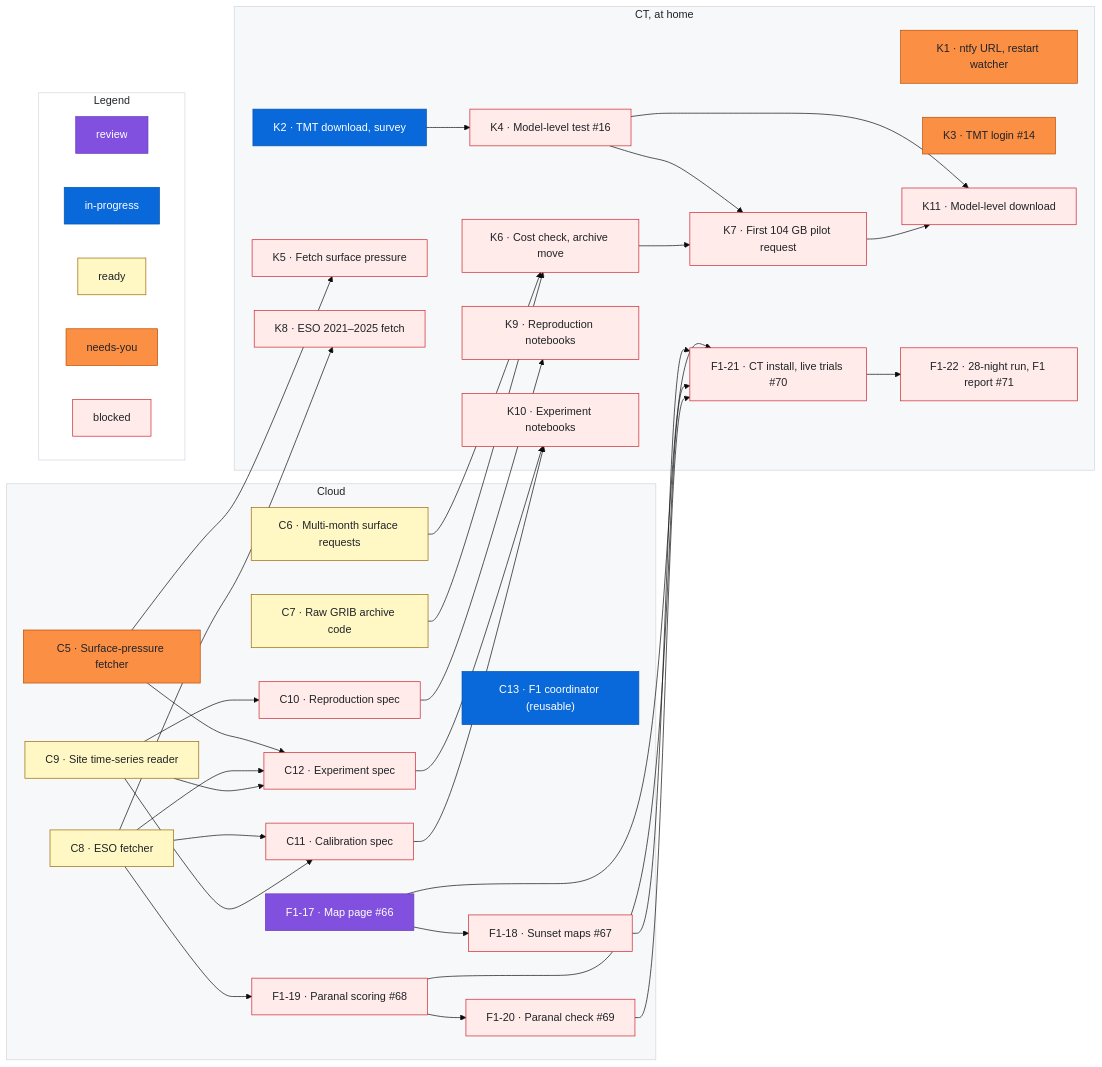
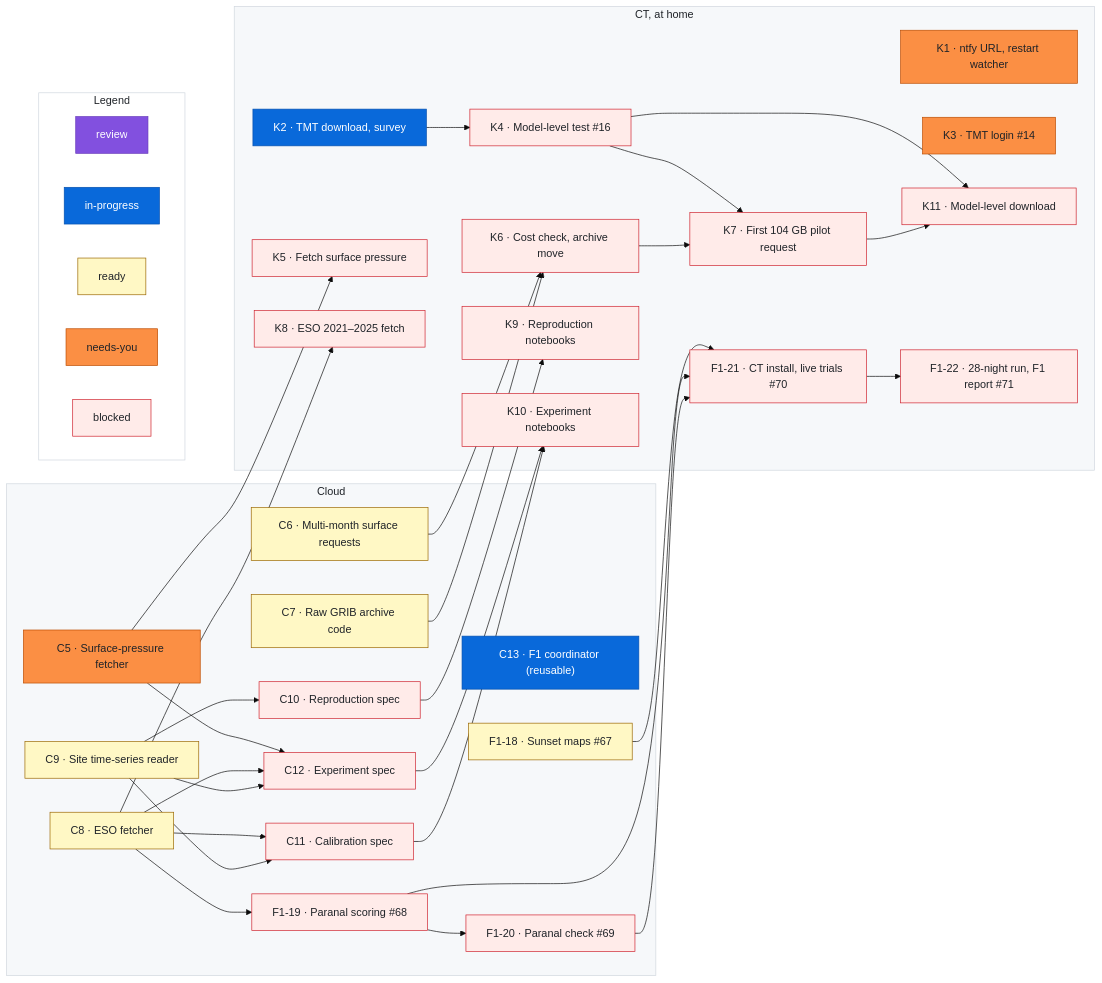
The diagram in docs/roadmap.md (rrweller/Astro-seeing), drawn with Mermaid (base theme) before and after one commit. The commit also changed other lines of this file, not shown here.

First line of the commit message:
roadmap: remove F1-17 (#96 merged); sweep (F1-18 ready)

```diff
--- a/docs/roadmap.md
+++ b/docs/roadmap.md
@@ -86,7 +84,6 @@
     C11["C11 · Calibration spec"]
     C12["C12 · Experiment spec"]
     C13["C13 · F1 coordinator (reusable)"]
-    F1_17["F1-17 · Map page #66"]
     F1_18["F1-18 · Sunset maps #67"]
     F1_19["F1-19 · Paranal scoring #68"]
     F1_20["F1-20 · Paranal check #69"]
@@ -106,10 +103,8 @@
     F1_21["F1-21 · CT install, live trials #70"]
     F1_22["F1-22 · 28-night run, F1 report #71"]
   end
-  F1_17 --> F1_18
   C8 --> F1_19
   F1_19 --> F1_20
-  F1_17 --> F1_21
   F1_18 --> F1_21
   F1_19 --> F1_21
   F1_20 --> F1_21
@@ -165,9 +160,7 @@
   %% ---
   class C13 inprogress
   %% ---
-  class F1_17 review
-  %% ---
-  class F1_18 blocked
+  class F1_18 ready
   %% ---
   class F1_19 blocked
   %% ---
```
